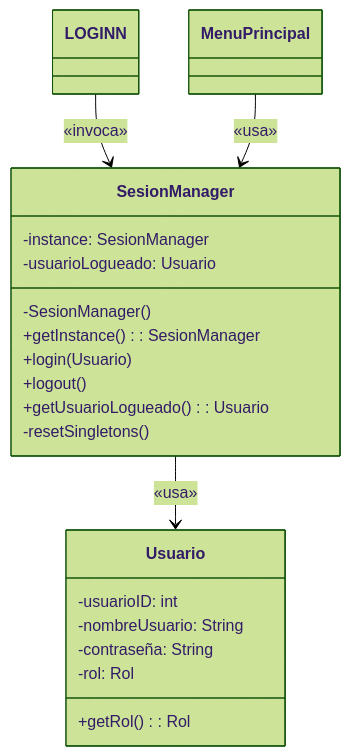
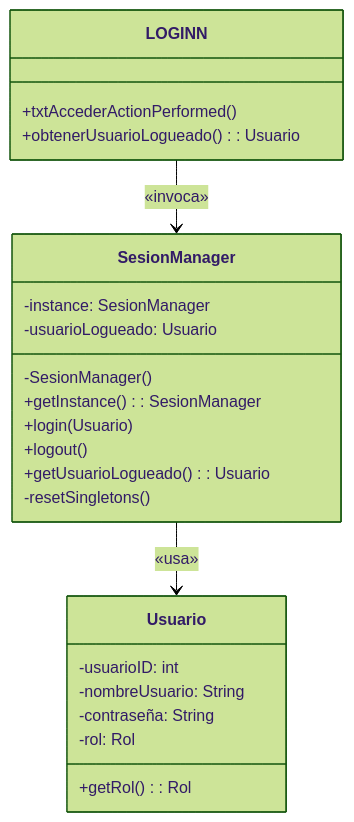
One commit to BraulioDamian/design-patterns changed the first of 2 diagrams in README.md. Above: the diagram before and after it, drawn with Mermaid (forest theme). The commit also changed other lines of this file, not shown here.

````diff
--- a/README.md
+++ b/README.md
@@ -110,25 +112,29 @@
 ```mermaid
 classDiagram
     class SesionManager {
         -instance: SesionManager
         -usuarioLogueado: Usuario
         -SesionManager()
         +getInstance(): SesionManager
         +login(Usuario)
         +logout()
         +getUsuarioLogueado(): Usuario
         -resetSingletons()
     }
     
     class Usuario {
         -usuarioID: int
         -nombreUsuario: String
         -contraseña: String
         -rol: Rol
         +getRol(): Rol
     }
     
+    class LOGINN {
+        +txtAccederActionPerformed()
+        +obtenerUsuarioLogueado(): Usuario
+    }
+    
     SesionManager --> Usuario : «usa»
     LOGINN --> SesionManager : «invoca»
-    MenuPrincipal --> SesionManager : «usa»
 ```
````
